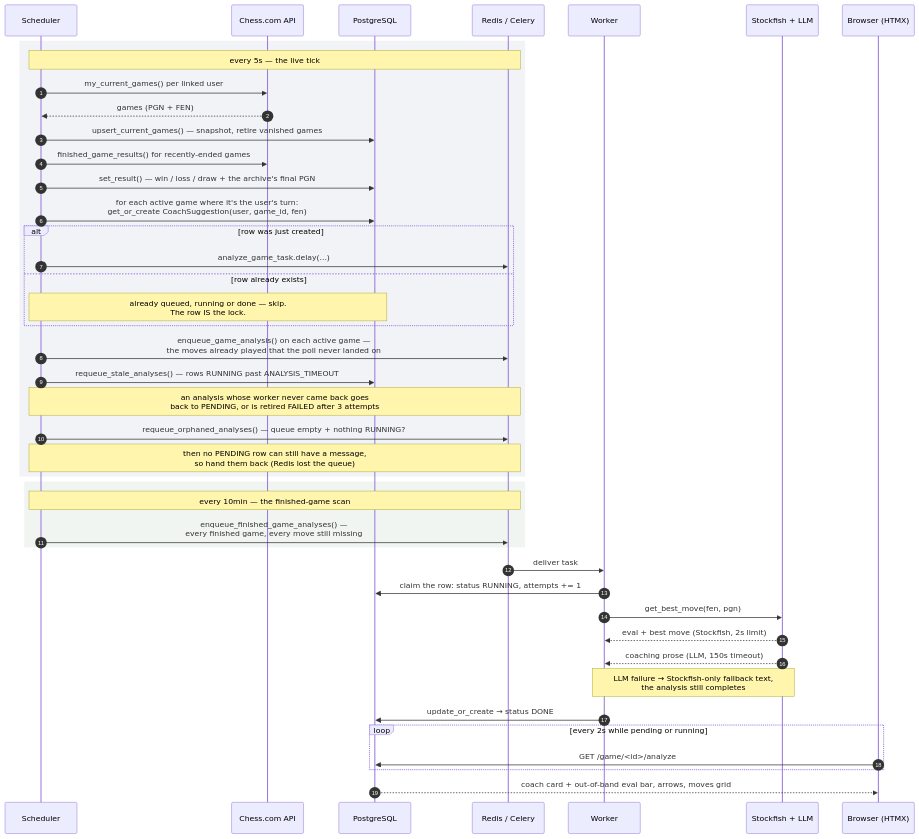
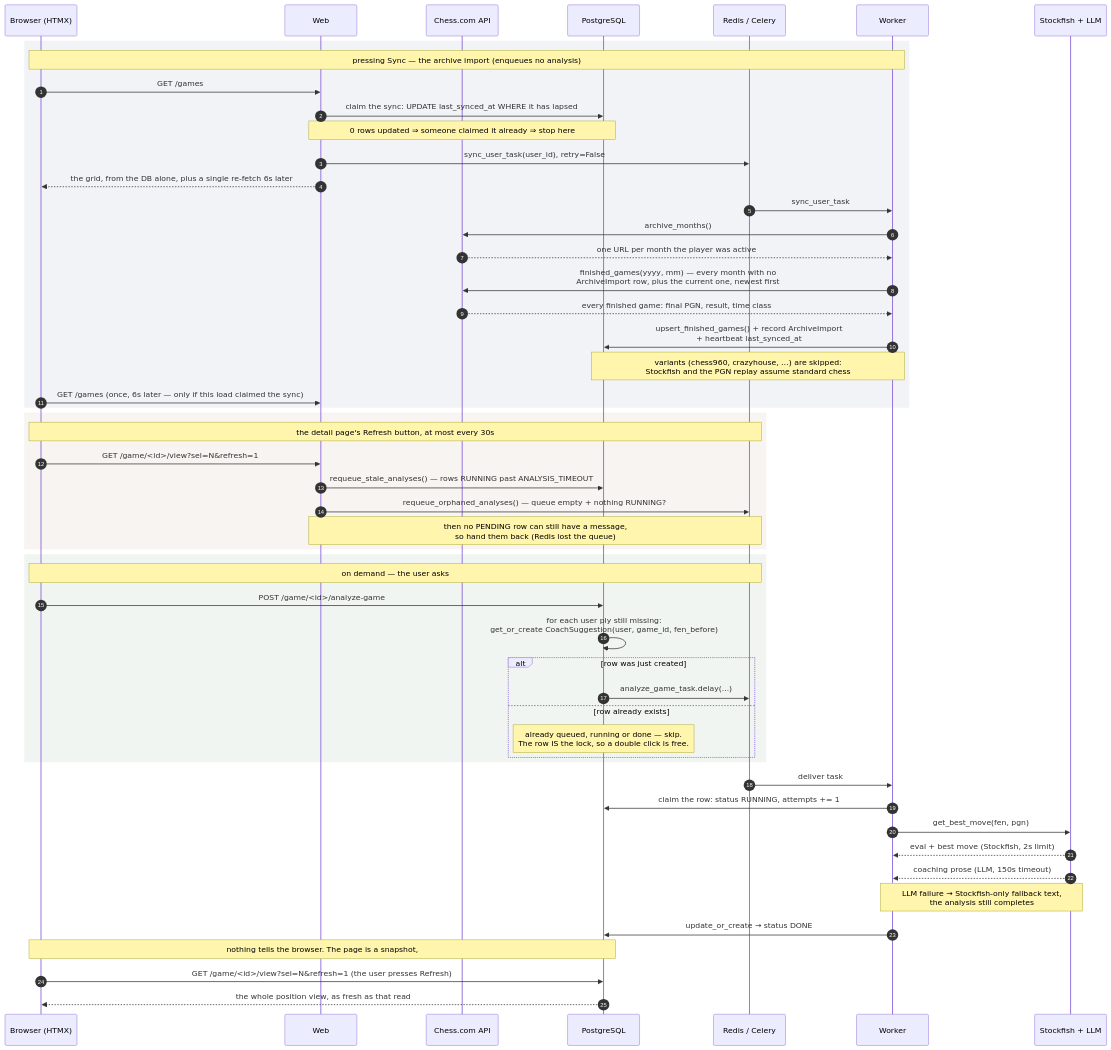
The second of 2 diagrams in docs/architecture.md (gab-25/chessdotcom_ai_coach), drawn with Mermaid before and after one commit. The commit also changed other lines of this file and 47 other files, not shown here.

Commit message:
Import every game from the Chess.com archives, analyse played moves on request (#49)

````diff
--- a/docs/architecture.md
+++ b/docs/architecture.md
@@ -61,51 +98,59 @@
 ```mermaid
 sequenceDiagram
     autonumber
-    participant S as Scheduler
+    participant B as Browser (HTMX)
+    participant Web as Web
     participant C as Chess.com API
     participant DB as PostgreSQL
     participant Q as Redis / Celery
     participant W as Worker
     participant E as Stockfish + LLM
-    participant B as Browser (HTMX)
 
     rect rgba(120,140,180,0.10)
-    Note over S,Q: every 5s — the live tick
-    S->>C: my_current_games() per linked user
-    C-->>S: games (PGN + FEN)
-    S->>DB: upsert_current_games() — snapshot, retire vanished games
-    S->>C: finished_game_results() for recently-ended games
-    S->>DB: set_result() — win / loss / draw + the archive's final PGN
+    Note over B,W: pressing Sync — the archive import (enqueues no analysis)
+    B->>Web: GET /games
+    Web->>DB: claim the sync: UPDATE last_synced_at WHERE it has lapsed
+    Note over Web,DB: 0 rows updated ⇒ someone claimed it already ⇒ stop here
+    Web->>Q: sync_user_task(user_id), retry=False
+    Web-->>B: the grid, from the DB alone, plus a single re-fetch 6s later
+    Q->>W: sync_user_task
+    W->>C: archive_months()
+    C-->>W: one URL per month the player was active
+    W->>C: finished_games(yyyy, mm) — every month with no<br/>ArchiveImport row, plus the current one, newest first
+    C-->>W: every finished game: final PGN, result, time class
+    W->>DB: upsert_finished_games() + record ArchiveImport<br/>+ heartbeat last_synced_at
+    Note over W,DB: variants (chess960, crazyhouse, …) are skipped:<br/>Stockfish and the PGN replay assume standard chess
+    B->>Web: GET /games (once, 6s later — only if this load claimed the sync)
+    end
 
-    S->>DB: for each active game where it's the user's turn:<br/>get_or_create CoachSuggestion(user, game_id, fen)
-    alt row was just created
-        S->>Q: analyze_game_task.delay(...)
-    else row already exists
-        Note over S,DB: already queued, running or done — skip.<br/>The row IS the lock.
-    end
-    S->>Q: enqueue_game_analysis() on each active game —<br/>the moves already played that the poll never landed on
-
-    S->>DB: requeue_stale_analyses() — rows RUNNING past ANALYSIS_TIMEOUT
-    Note over S,Q: an analysis whose worker never came back goes<br/>back to PENDING, or is retired FAILED after 3 attempts
-    S->>Q: requeue_orphaned_analyses() — queue empty + nothing RUNNING?
-    Note over S,Q: then no PENDING row can still have a message,<br/>so hand them back (Redis lost the queue)
+    rect rgba(180,150,120,0.10)
+    Note over B,Q: the detail page's Refresh button, at most every 30s
+    B->>Web: GET /game/<id>/view?sel=N&refresh=1
+    Web->>DB: requeue_stale_analyses() — rows RUNNING past ANALYSIS_TIMEOUT
+    Web->>Q: requeue_orphaned_analyses() — queue empty + nothing RUNNING?
+    Note over Web,Q: then no PENDING row can still have a message,<br/>so hand them back (Redis lost the queue)
     end
 
     rect rgba(120,160,120,0.10)
-    Note over S,Q: every 10min — the finished-game scan
-    S->>Q: enqueue_finished_game_analyses() —<br/>every finished game, every move still missing
+    Note over B,Q: on demand — the user asks
+    B->>DB: POST /game/<id>/analyze-game
+    DB->>DB: for each user ply still missing:<br/>get_or_create CoachSuggestion(user, game_id, fen_before)
+    alt row was just created
+        DB->>Q: analyze_game_task.delay(...)
+    else row already exists
+        Note over DB: already queued, running or done — skip.<br/>The row IS the lock, so a double click is free.
+    end
     end
 
     Q->>W: deliver task
     W->>DB: claim the row: status RUNNING, attempts += 1
     W->>E: get_best_move(fen, pgn)
     E-->>W: eval + best move (Stockfish, 2s limit)
     E-->>W: coaching prose (LLM, 150s timeout)
     Note over W,E: LLM failure → Stockfish-only fallback text,<br/>the analysis still completes
     W->>DB: update_or_create → status DONE
 
-    loop every 2s while pending or running
-        B->>DB: GET /game/<id>/analyze
-    end
-    DB-->>B: coach card + out-of-band eval bar, arrows, moves grid
+    Note over B,DB: nothing tells the browser. The page is a snapshot,
+    B->>DB: GET /game/<id>/view?sel=N&refresh=1 (the user presses Refresh)
+    DB-->>B: the whole position view, as fresh as that read
 ```
````
